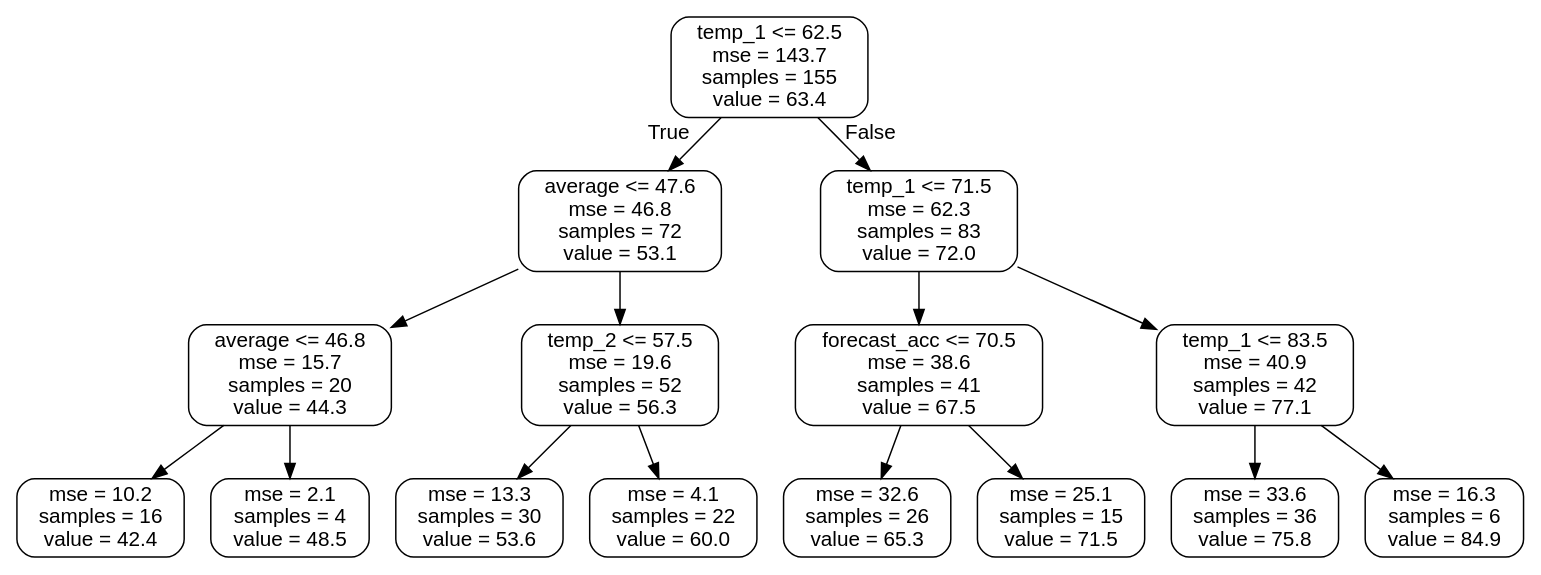
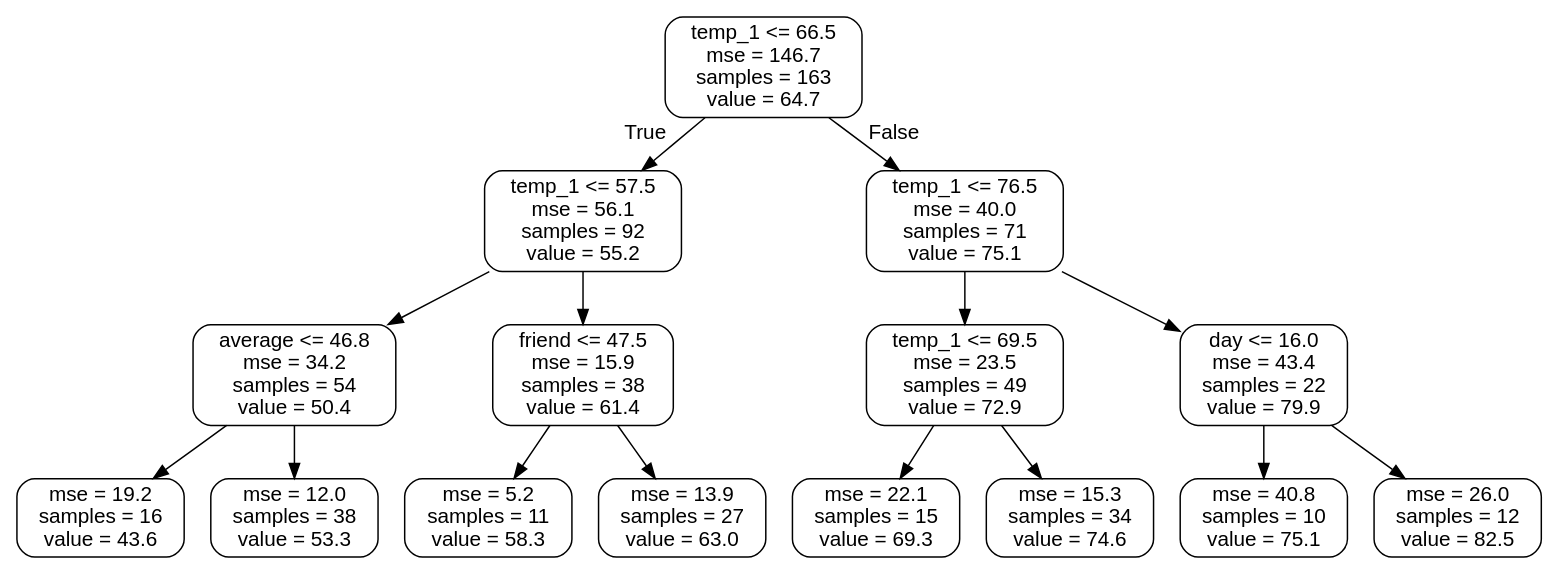
Before and after one commit to shawlu95/Data-Science-Toolbox: the diagram in models/random_forest/small_tree.dot, drawn with Graphviz. The commit also changed 66 other files, not shown here.

```diff
--- a/models/random_forest/small_tree.dot
+++ b/models/random_forest/small_tree.dot
@@ -1,33 +1,33 @@
 digraph Tree {
 node [shape=box, style="rounded", color="black", fontname=helvetica] ;
 edge [fontname=helvetica] ;
-0 [label="temp_1 <= 62.5\nmse = 143.7\nsamples = 155\nvalue = 63.4"] ;
-1 [label="average <= 47.6\nmse = 46.8\nsamples = 72\nvalue = 53.1"] ;
+0 [label="temp_1 <= 66.5\nmse = 146.7\nsamples = 163\nvalue = 64.7"] ;
+1 [label="temp_1 <= 57.5\nmse = 56.1\nsamples = 92\nvalue = 55.2"] ;
 0 -> 1 [labeldistance=2.5, labelangle=45, headlabel="True"] ;
-2 [label="average <= 46.8\nmse = 15.7\nsamples = 20\nvalue = 44.3"] ;
+2 [label="average <= 46.8\nmse = 34.2\nsamples = 54\nvalue = 50.4"] ;
 1 -> 2 ;
-3 [label="mse = 10.2\nsamples = 16\nvalue = 42.4"] ;
+3 [label="mse = 19.2\nsamples = 16\nvalue = 43.6"] ;
 2 -> 3 ;
-4 [label="mse = 2.1\nsamples = 4\nvalue = 48.5"] ;
+4 [label="mse = 12.0\nsamples = 38\nvalue = 53.3"] ;
 2 -> 4 ;
-5 [label="temp_2 <= 57.5\nmse = 19.6\nsamples = 52\nvalue = 56.3"] ;
+5 [label="friend <= 47.5\nmse = 15.9\nsamples = 38\nvalue = 61.4"] ;
 1 -> 5 ;
-6 [label="mse = 13.3\nsamples = 30\nvalue = 53.6"] ;
+6 [label="mse = 5.2\nsamples = 11\nvalue = 58.3"] ;
 5 -> 6 ;
-7 [label="mse = 4.1\nsamples = 22\nvalue = 60.0"] ;
+7 [label="mse = 13.9\nsamples = 27\nvalue = 63.0"] ;
 5 -> 7 ;
-8 [label="temp_1 <= 71.5\nmse = 62.3\nsamples = 83\nvalue = 72.0"] ;
+8 [label="temp_1 <= 76.5\nmse = 40.0\nsamples = 71\nvalue = 75.1"] ;
 0 -> 8 [labeldistance=2.5, labelangle=-45, headlabel="False"] ;
-9 [label="forecast_acc <= 70.5\nmse = 38.6\nsamples = 41\nvalue = 67.5"] ;
+9 [label="temp_1 <= 69.5\nmse = 23.5\nsamples = 49\nvalue = 72.9"] ;
 8 -> 9 ;
-10 [label="mse = 32.6\nsamples = 26\nvalue = 65.3"] ;
+10 [label="mse = 22.1\nsamples = 15\nvalue = 69.3"] ;
 9 -> 10 ;
-11 [label="mse = 25.1\nsamples = 15\nvalue = 71.5"] ;
+11 [label="mse = 15.3\nsamples = 34\nvalue = 74.6"] ;
 9 -> 11 ;
-12 [label="temp_1 <= 83.5\nmse = 40.9\nsamples = 42\nvalue = 77.1"] ;
+12 [label="day <= 16.0\nmse = 43.4\nsamples = 22\nvalue = 79.9"] ;
 8 -> 12 ;
-13 [label="mse = 33.6\nsamples = 36\nvalue = 75.8"] ;
+13 [label="mse = 40.8\nsamples = 10\nvalue = 75.1"] ;
 12 -> 13 ;
-14 [label="mse = 16.3\nsamples = 6\nvalue = 84.9"] ;
+14 [label="mse = 26.0\nsamples = 12\nvalue = 82.5"] ;
 12 -> 14 ;
 }
```
